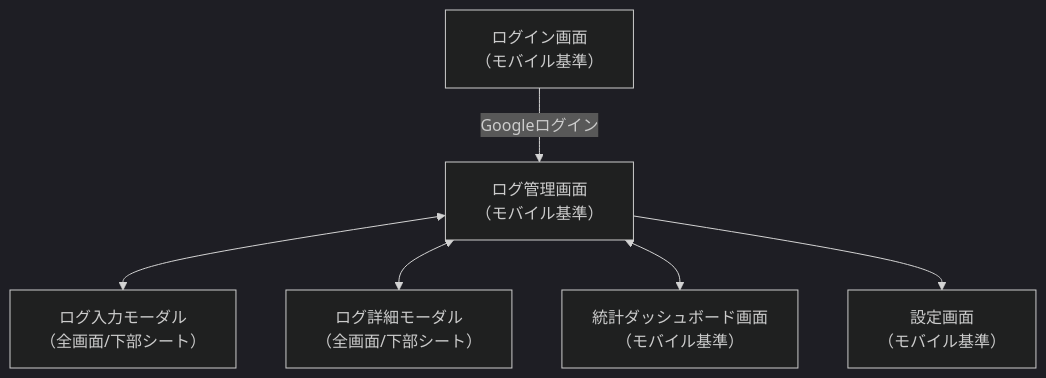
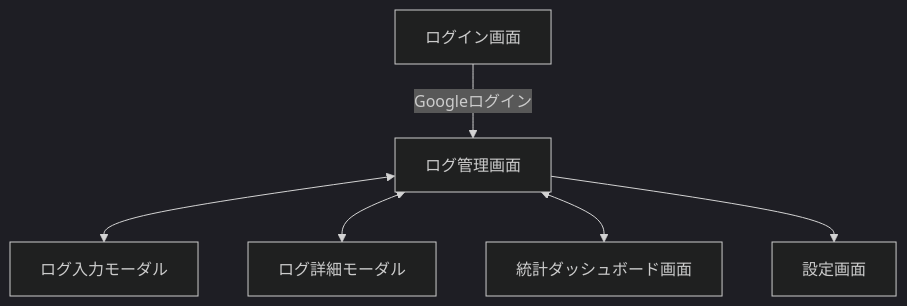
Before and after one commit to t-miura-024/lifro: the diagram in docs/design/画面遷移図.md, drawn with Mermaid (dark theme).

Commit message:
feat: 画面遷移図からモバイル基準の表記を削除し、視認性を向上させました。

````diff
--- a/docs/design/画面遷移図.md
+++ b/docs/design/画面遷移図.md
@@ -2,15 +2,15 @@
 ```mermaid
 graph TD;
-    LoginScreen[ログイン画面\n（モバイル基準）]
-    LogManagementScreen[ログ管理画面\n（モバイル基準）]
-    LogInputModal[ログ入力モーダル\n（全画面/下部シート）]
-    LogDetailModal[ログ詳細モーダル\n（全画面/下部シート）]
-    StatisticsDashboardScreen[統計ダッシュボード画面\n（モバイル基準）]
-    SettingsScreen[設定画面\n（モバイル基準）]
+    LoginScreen[ログイン画面]
+    LogManagementScreen[ログ管理画面]
+    LogInputModal[ログ入力モーダル]
+    LogDetailModal[ログ詳細モーダル]
+    StatisticsDashboardScreen[統計ダッシュボード画面]
+    SettingsScreen[設定画面]
 
     LoginScreen -->|Googleログイン| LogManagementScreen
     LogManagementScreen <--> LogInputModal
     LogManagementScreen <--> LogDetailModal
     LogManagementScreen <--> StatisticsDashboardScreen
     LogManagementScreen --> SettingsScreen
 ```
````
